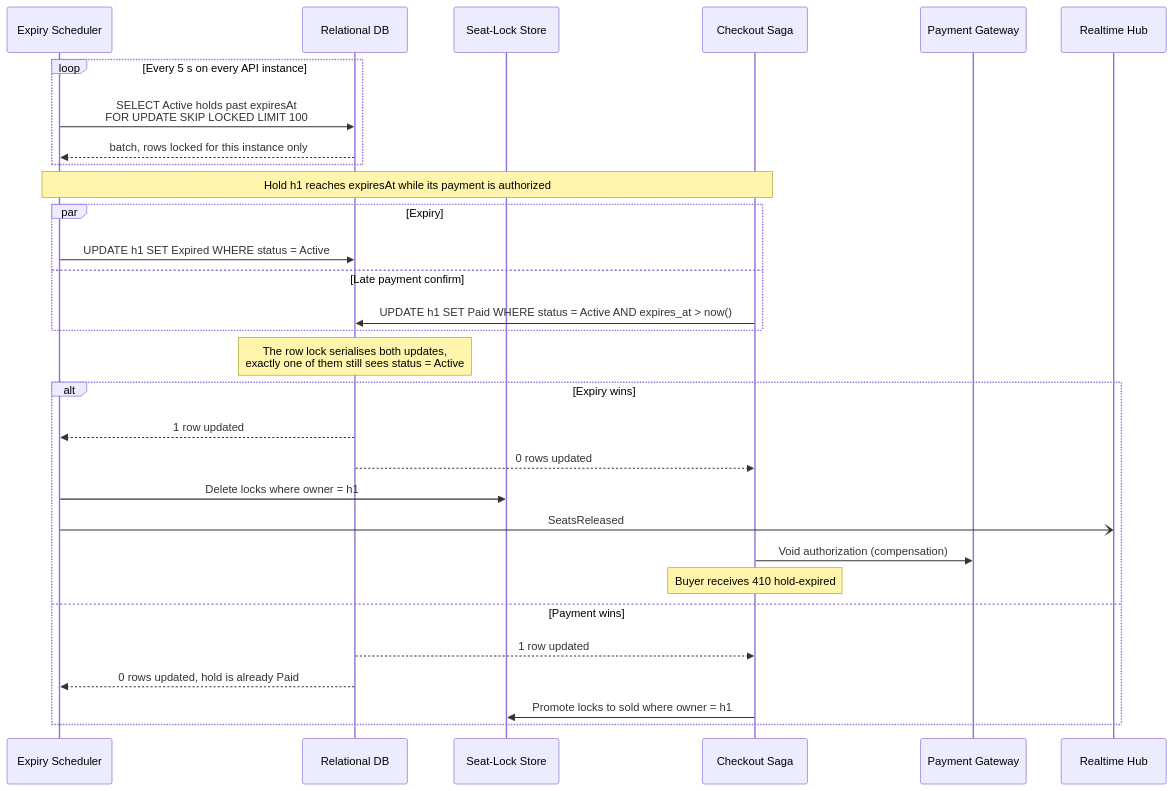
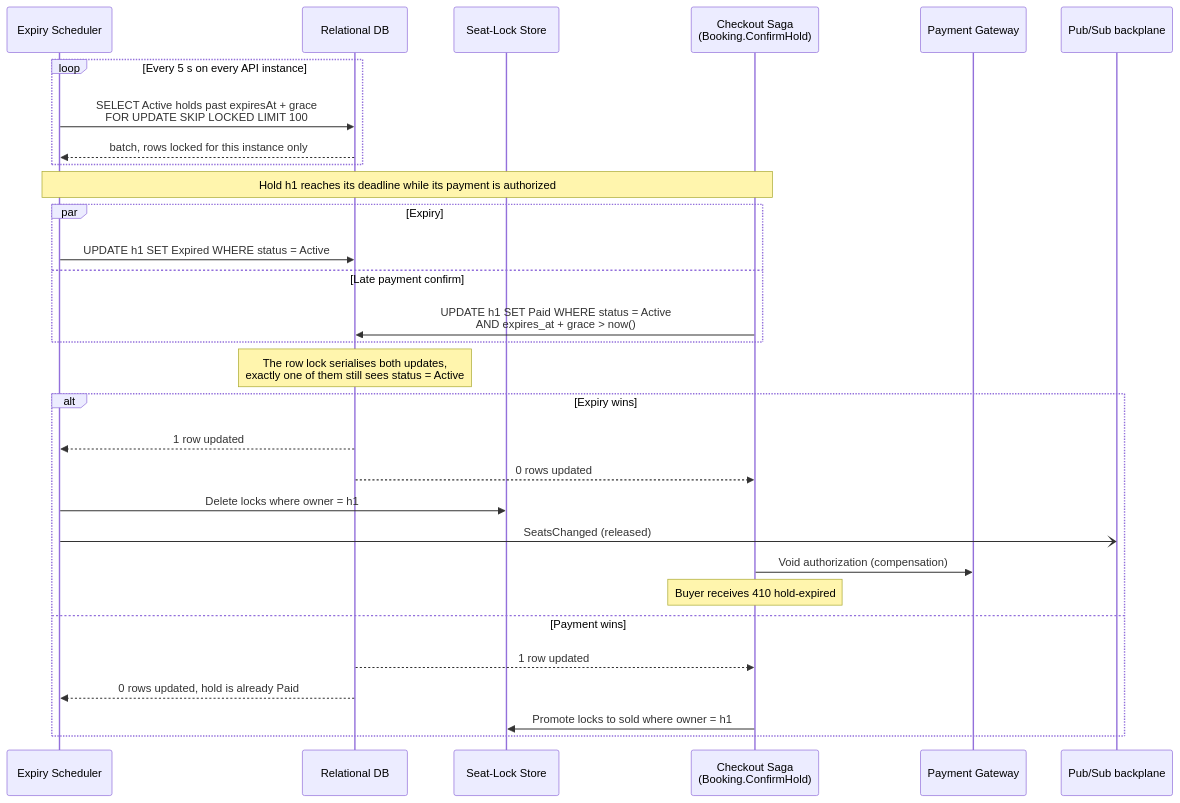
Before and after one commit to hrytsykvl/Ticketium: the fourth of 7 diagrams in docs/CONCURRENCY_PATTERNS.md, drawn with Mermaid. The commit also changed other lines of this file and 6 other files, not shown here.

````diff
--- a/docs/CONCURRENCY_PATTERNS.md
+++ b/docs/CONCURRENCY_PATTERNS.md
@@ -263,33 +332,33 @@
 ```mermaid
 sequenceDiagram
     participant Sched as Expiry Scheduler
     participant DB as Relational DB
     participant Lock as Seat-Lock Store
-    participant Saga as Checkout Saga
+    participant Saga as Checkout Saga<br/>(Booking.ConfirmHold)
     participant PG as Payment Gateway
-    participant Hub as Realtime Hub
+    participant BP as Pub/Sub backplane
 
     loop Every 5 s on every API instance
-        Sched->>DB: SELECT Active holds past expiresAt<br/>FOR UPDATE SKIP LOCKED LIMIT 100
+        Sched->>DB: SELECT Active holds past expiresAt + grace<br/>FOR UPDATE SKIP LOCKED LIMIT 100
         DB-->>Sched: batch, rows locked for this instance only
     end
-    Note over Sched,Saga: Hold h1 reaches expiresAt while its payment is authorized
+    Note over Sched,Saga: Hold h1 reaches its deadline while its payment is authorized
     par Expiry
         Sched->>DB: UPDATE h1 SET Expired WHERE status = Active
     and Late payment confirm
-        Saga->>DB: UPDATE h1 SET Paid WHERE status = Active AND expires_at > now()
+        Saga->>DB: UPDATE h1 SET Paid WHERE status = Active<br/>AND expires_at + grace > now()
     end
     Note over DB: The row lock serialises both updates,<br/>exactly one of them still sees status = Active
     alt Expiry wins
         DB-->>Sched: 1 row updated
         DB-->>Saga: 0 rows updated
         Sched->>Lock: Delete locks where owner = h1
-        Sched-)Hub: SeatsReleased
+        Sched-)BP: SeatsChanged (released)
         Saga->>PG: Void authorization (compensation)
         Note over Saga: Buyer receives 410 hold-expired
     else Payment wins
         DB-->>Saga: 1 row updated
         DB-->>Sched: 0 rows updated, hold is already Paid
         Saga->>Lock: Promote locks to sold where owner = h1
     end
 ```
````
